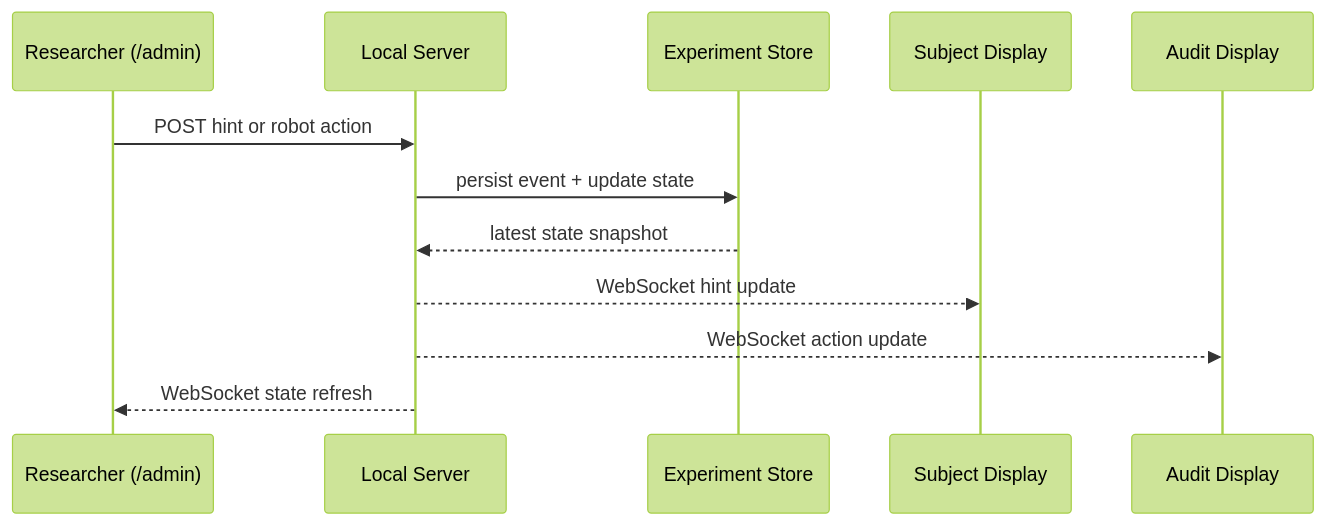
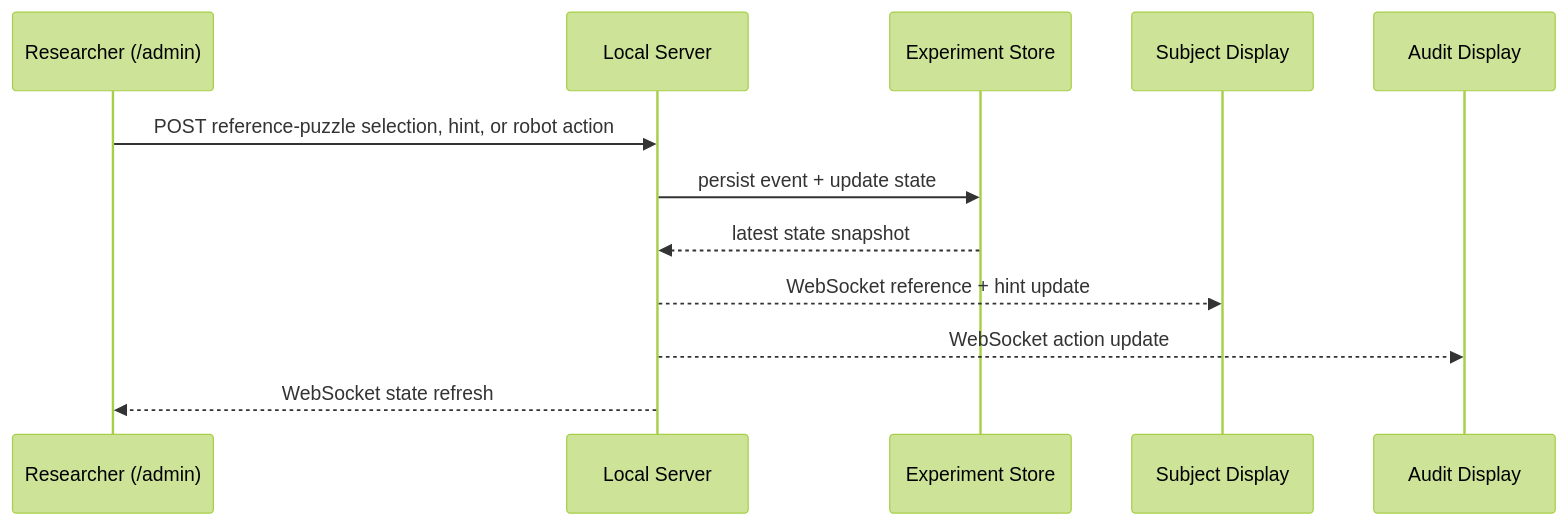
One commit to shrijacked/wizard-of-oz-control-app changed the third of 7 diagrams in docs/architecture.md. Above: the diagram before and after it, drawn with Mermaid (forest theme). The commit also changed other lines of this file and 14 other files, not shown here.

Commit message:
Add session reference puzzle library

````diff
--- a/docs/architecture.md
+++ b/docs/architecture.md
@@ -92,15 +95,15 @@
 ```mermaid
 sequenceDiagram
     participant Admin as Researcher (/admin)
     participant Server as Local Server
     participant Store as Experiment Store
     participant Subject as Subject Display
     participant Audit as Audit Display
 
-    Admin->>Server: POST hint or robot action
+    Admin->>Server: POST reference-puzzle selection, hint, or robot action
     Server->>Store: persist event + update state
     Store-->>Server: latest state snapshot
-    Server-->>Subject: WebSocket hint update
+    Server-->>Subject: WebSocket reference + hint update
     Server-->>Audit: WebSocket action update
     Server-->>Admin: WebSocket state refresh
 ```
````
